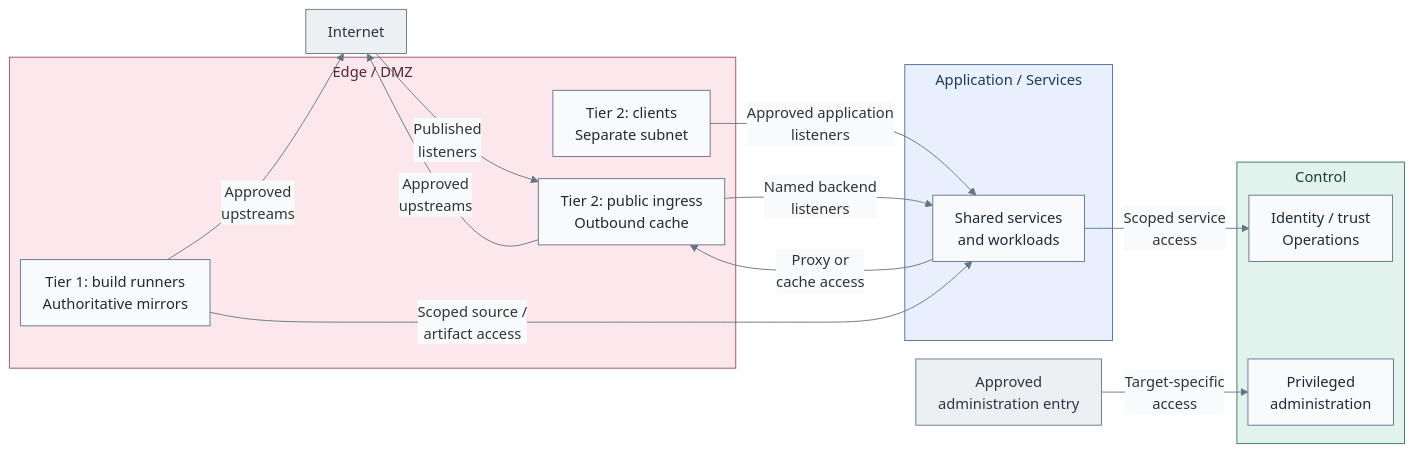
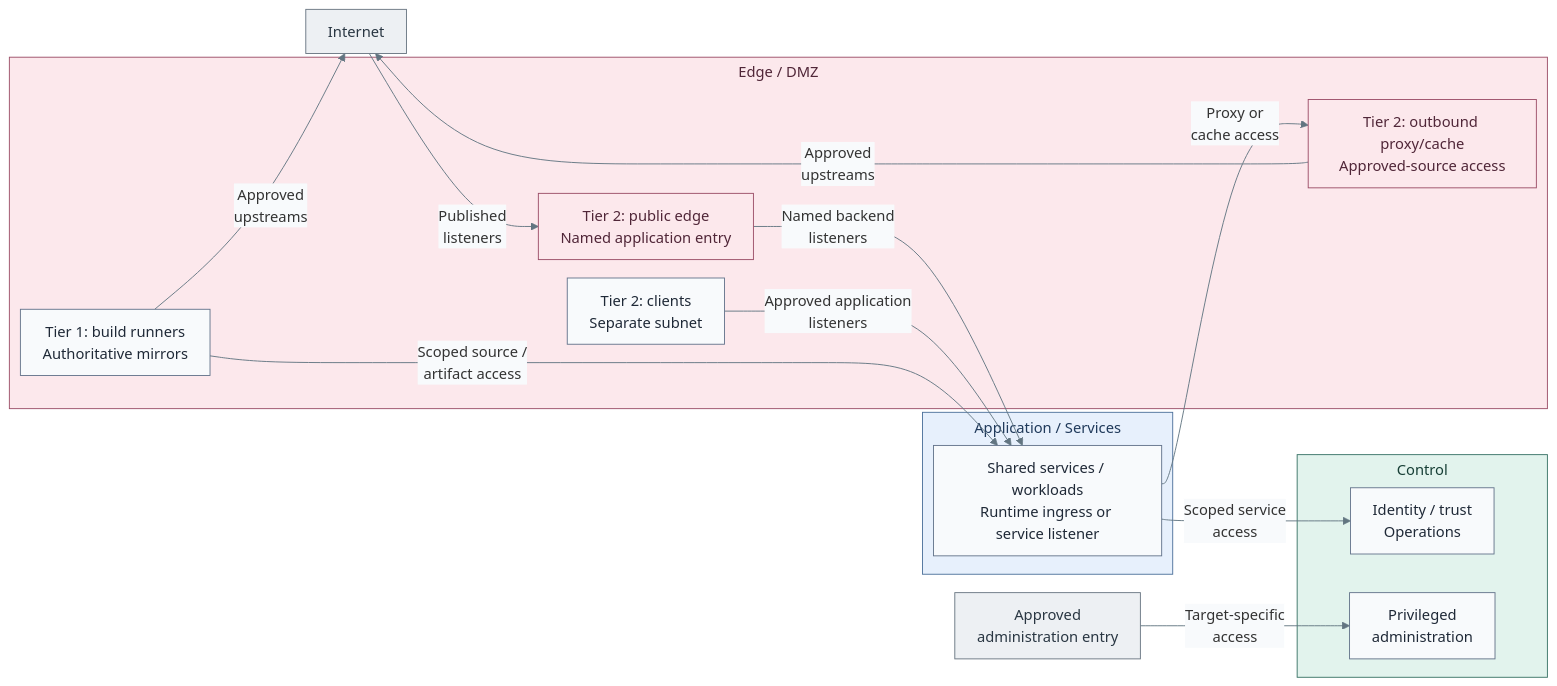
One commit to Rexus/homelab changed the diagram in docs/architecture/networking/README.md. Above: the diagram before and after it, drawn with Mermaid. The commit also changed other lines of this file and 241 other files, not shown here.

````diff
--- a/docs/architecture/networking/README.md
+++ b/docs/architecture/networking/README.md
@@ -33,36 +40,37 @@
 ```mermaid
 %%{init: {"theme":"base","flowchart":{"nodeSpacing":20,"rankSpacing":24,"padding":12,"subGraphTitleMargin":{"top":4,"bottom":12}},"themeVariables":{"lineColor":"#627581","edgeLabelBackground":"#f8fafc"}}}%%
 flowchart LR
   Internet["Internet"]
   AdminEntry["Approved<br/>administration entry"]
   subgraph Edge["Edge / DMZ"]
     Clients["Tier 2: clients<br/>Separate subnet"]
-    Gateways["Tier 2: public ingress<br/>Outbound cache"]
+    Gateways["Tier 2: public edge<br/>Named application entry"]
+    Cache["Tier 2: outbound proxy/cache<br/>Approved-source access"]
     Supply["Tier 1: build runners<br/>Authoritative mirrors"]
   end
   subgraph Application["Application / Services"]
-    Services["Shared services<br/>and workloads"]
+    Services["Shared services / workloads<br/>Runtime ingress or service listener"]
   end
   subgraph Control["Control"]
     Endpoints["Identity / trust<br/>Operations"]
     Administration["Privileged<br/>administration"]
   end
   Internet -->|Published<br/>listeners| Gateways
   Gateways -->|Named backend<br/>listeners| Services
   Clients -->|Approved application<br/>listeners| Services
   Services -->|Scoped service<br/>access| Endpoints
-  Services -->|Proxy or<br/>cache access| Gateways
-  Gateways -->|Approved<br/>upstreams| Internet
+  Services -->|Proxy or<br/>cache access| Cache
+  Cache -->|Approved<br/>upstreams| Internet
   Supply -->|Approved<br/>upstreams| Internet
   Supply -->|Scoped source /<br/>artifact access| Services
   AdminEntry -->|Target-specific<br/>access| Administration
   classDef default fill:#f8fafc,stroke:#64748b,color:#1f2937
   classDef actor fill:#edf0f3,stroke:#697682,color:#293642
   classDef edge fill:#fce8ec,stroke:#9b4d67,color:#502638
   classDef services fill:#e7f0fc,stroke:#4d719b,color:#203a5b
   classDef control fill:#e2f3ed,stroke:#397366,color:#173f36
   class Internet,AdminEntry actor
-  class Edge edge
+  class Edge,Gateways,Cache edge
   class Application services
   class Control control
 ```
````
